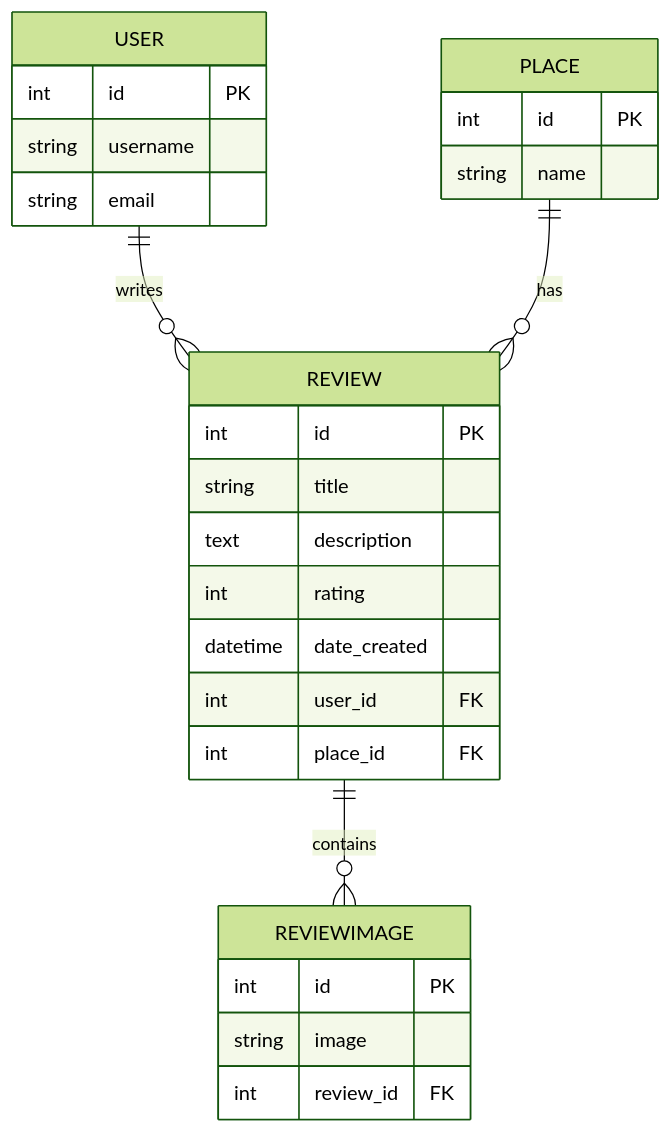
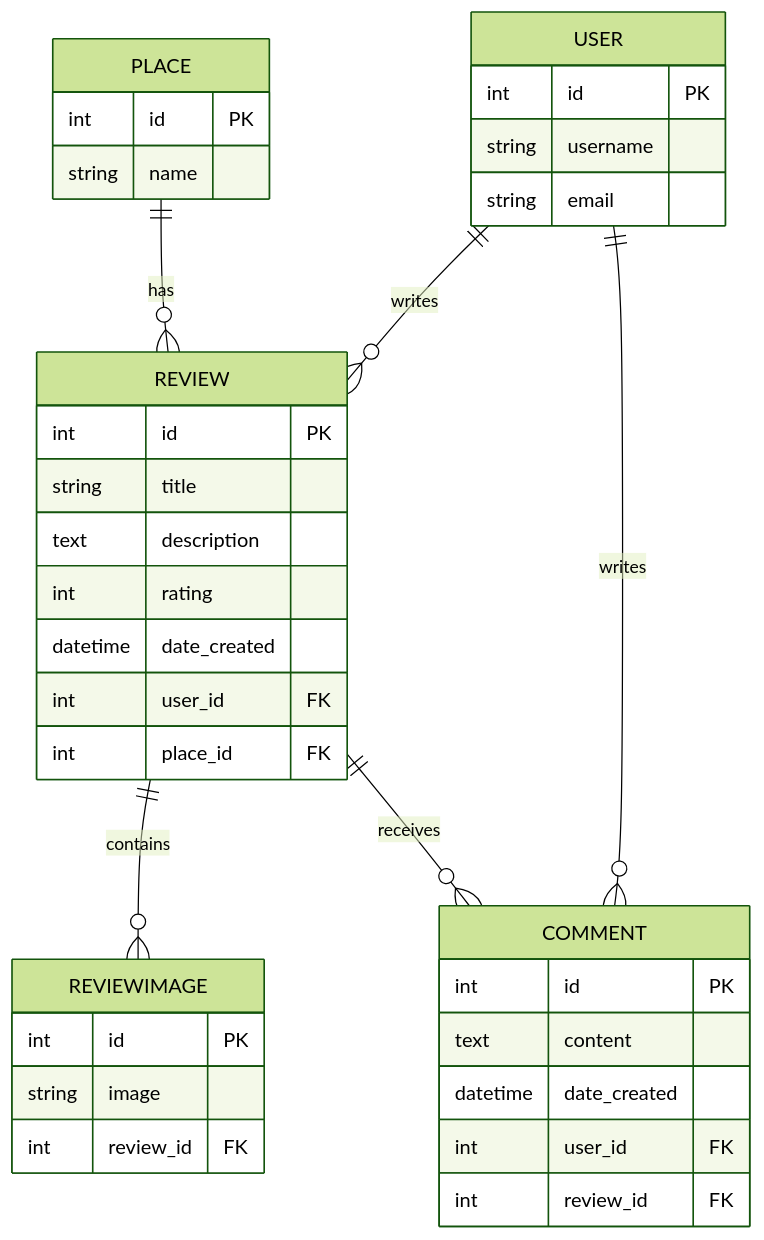
The diagram in README.md (qusaiothman44/Capstone-Project), drawn with Mermaid (forest theme) before and after one commit. The commit also changed other lines of this file, not shown here.

Commit message:
updating the readme file to contain the new model

````````diff
--- a/README.md
+++ b/README.md
@@ -44,35 +44,46 @@
 ```mermaid
 erDiagram
     USER ||--o{ REVIEW : writes
     REVIEW ||--o{ REVIEWIMAGE : contains
     PLACE ||--o{ REVIEW : has
+    USER ||--o{ COMMENT : writes
+    REVIEW ||--o{ COMMENT : receives
 
     USER {
         int id PK
         string username
         string email
     }
 
     PLACE {
         int id PK
         string name
     }
 
     REVIEW {
         int id PK
         string title
         text description
         int rating
         datetime date_created
         int user_id FK
         int place_id FK
     }
 
     REVIEWIMAGE {
         int id PK
         string image
         int review_id FK
     }
 
+    COMMENT {
+        int id PK
+        text content
+        datetime date_created
+        int user_id FK
+        int review_id FK
+    }
+
+
 
 ```````
````````
